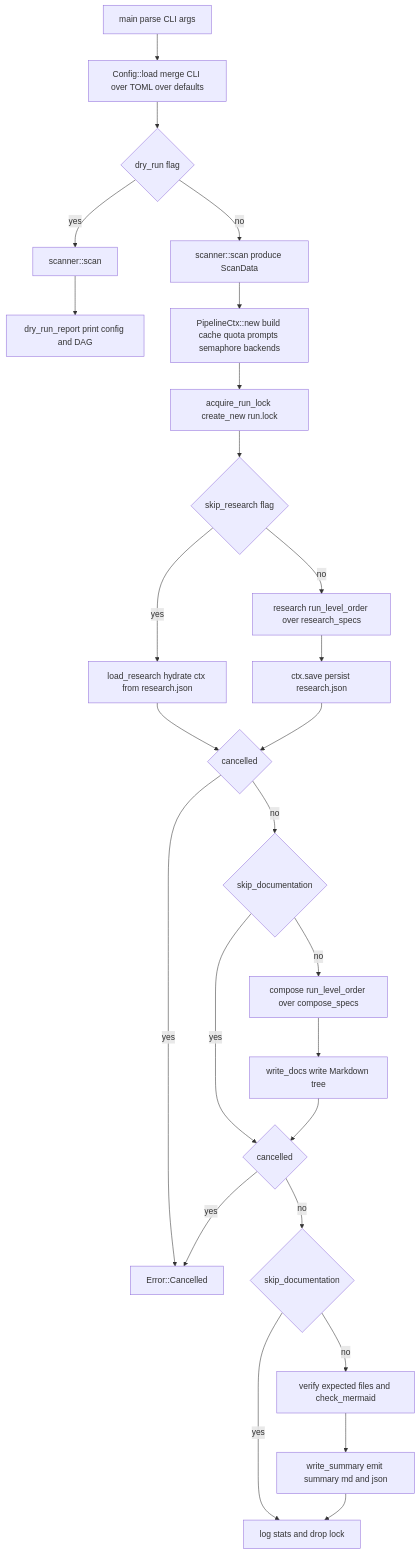
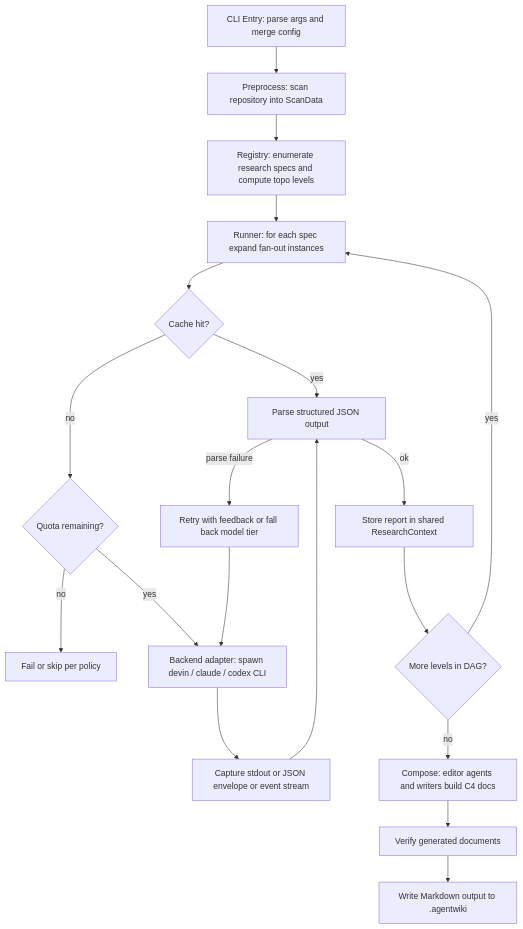
Before and after one commit to tidusvn05/agentwiki: the second of 5 diagrams in docs/en/3.Workflow.md, drawn with Mermaid. The commit also changed other lines of this file and 49 other files, not shown here.

````diff
--- a/docs/en/3.Workflow.md
+++ b/docs/en/3.Workflow.md
@@ -35,28 +36,21 @@
 ```mermaid
 flowchart TD
-    A[main parse CLI args] --> B[Config::load merge CLI over TOML over defaults]
-    B --> C{dry_run flag}
-    C -- yes --> C1[scanner::scan]
-    C1 --> C2[dry_run_report print config and DAG]
-    C -- no --> D[scanner::scan produce ScanData]
-    D --> E[PipelineCtx::new build cache quota prompts semaphore backends]
-    E --> F[acquire_run_lock create_new run.lock]
-    F --> G{skip_research flag}
-    G -- yes --> G1[load_research hydrate ctx from research.json]
-    G -- no --> H[research run_level_order over research_specs]
-    H --> G2[ctx.save persist research.json]
-    G1 --> I{cancelled}
-    G2 --> I
-    I -- yes --> Z[Error::Cancelled]
-    I -- no --> J{skip_documentation}
-    J -- no --> K[compose run_level_order over compose_specs]
-    K --> L[write_docs write Markdown tree]
-    J -- yes --> M
-    L --> M{cancelled}
-    M -- yes --> Z
-    M -- no --> N{skip_documentation}
-    N -- no --> O[verify expected files and check_mermaid]
-    O --> P[write_summary emit summary md and json]
-    N -- yes --> Q
-    P --> Q[log stats and drop lock]
+    A[CLI Entry: parse args and merge config] --> B[Preprocess: scan repository into ScanData]
+    B --> C[Registry: enumerate research specs and compute topo levels]
+    C --> D[Runner: for each spec expand fan-out instances]
+    D --> E{Cache hit?}
+    E -->|yes| H[Parse structured JSON output]
+    E -->|no| F{Quota remaining?}
+    F -->|no| F1[Fail or skip per policy]
+    F -->|yes| G[Backend adapter: spawn devin / claude / codex CLI]
+    G --> G1[Capture stdout or JSON envelope or event stream]
+    G1 --> H
+    H -->|parse failure| I[Retry with feedback or fall back model tier]
+    I --> G
+    H -->|ok| J[Store report in shared ResearchContext]
+    J --> K{More levels in DAG?}
+    K -->|yes| D
+    K -->|no| L[Compose: editor agents and writers build C4 docs]
+    L --> M[Verify generated documents]
+    M --> N[Write Markdown output to .agentwiki]
 ```
````
